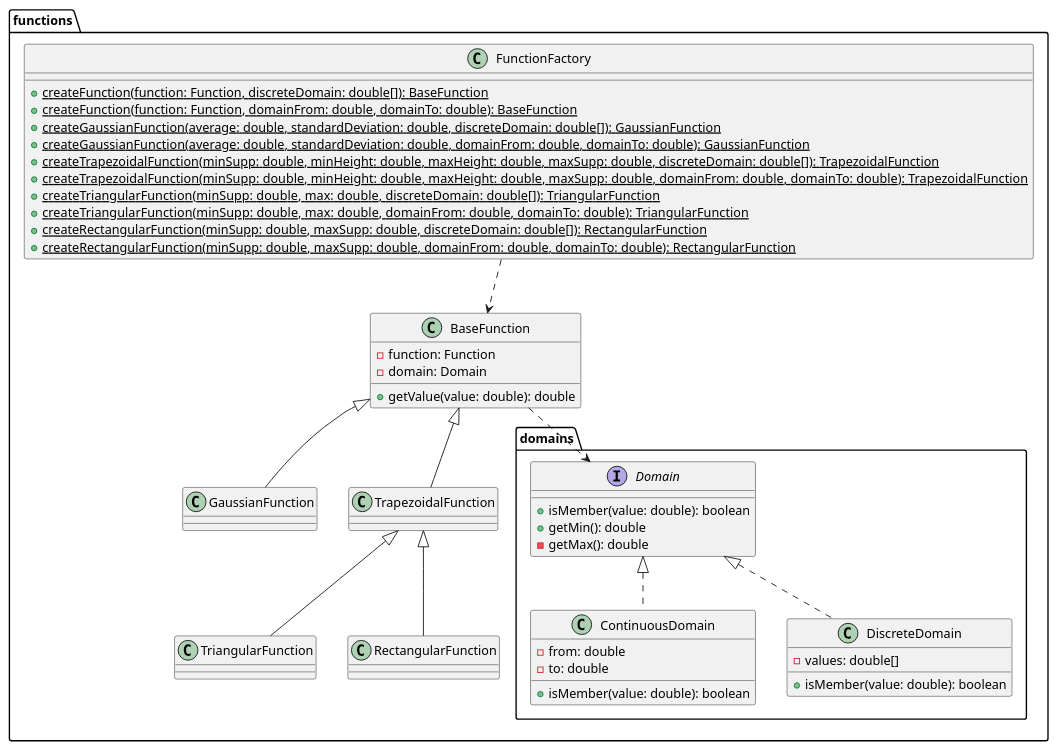
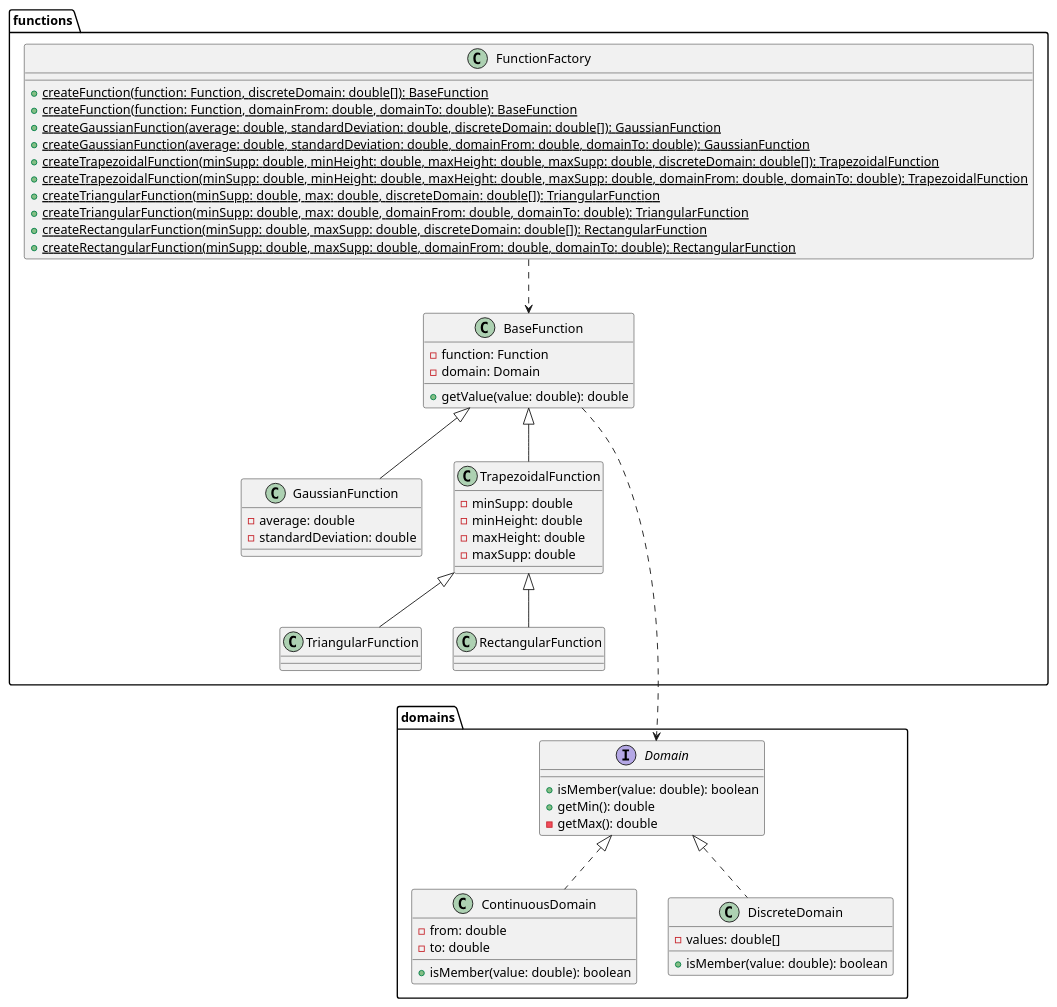
The third of 8 diagrams in task2/README.md (kambed/Computer-Recognition-Systems), drawn with PlantUML before and after one commit. The commit also changed other lines of this file, not shown here.

````diff
--- a/task2/README.md
+++ b/task2/README.md
@@ -83,45 +87,52 @@
 ```plantuml
 package functions {
-    package domains {
-        interface Domain {
-            + isMember(value: double): boolean
-            + getMin(): double
-            - getMax(): double
-        }
-        class ContinuousDomain implements Domain {
-            + isMember(value: double): boolean
-            - from: double
-            - to: double
-        }
-        class DiscreteDomain implements Domain {
-            + isMember(value: double): boolean
-            - values: double[]
-        }
-    }
     class BaseFunction {
         - function: Function
         - domain: Domain
         + getValue(value: double): double
     }
-    class GaussianFunction extends BaseFunction
-    class TrapezoidalFunction extends BaseFunction
+    class GaussianFunction extends BaseFunction {
+        - average: double
+        - standardDeviation: double
+    }
+    class TrapezoidalFunction extends BaseFunction {
+        - minSupp: double
+        - minHeight: double
+        - maxHeight: double
+        - maxSupp: double
+    }
     class TriangularFunction extends TrapezoidalFunction
     class RectangularFunction extends TrapezoidalFunction
-    
-    BaseFunction ..> Domain
     
     class FunctionFactory {
         + {static} createFunction(function: Function, discreteDomain: double[]): BaseFunction
         + {static} createFunction(function: Function, domainFrom: double, domainTo: double): BaseFunction
         + {static} createGaussianFunction(average: double, standardDeviation: double, discreteDomain: double[]): GaussianFunction
         + {static} createGaussianFunction(average: double, standardDeviation: double, domainFrom: double, domainTo: double): GaussianFunction
         + {static} createTrapezoidalFunction(minSupp: double, minHeight: double, maxHeight: double, maxSupp: double, discreteDomain: double[]): TrapezoidalFunction
         + {static} createTrapezoidalFunction(minSupp: double, minHeight: double, maxHeight: double, maxSupp: double, domainFrom: double, domainTo: double): TrapezoidalFunction
         + {static} createTriangularFunction(minSupp: double,  max: double, discreteDomain: double[]): TriangularFunction
         + {static} createTriangularFunction(minSupp: double,  max: double, domainFrom: double, domainTo: double): TriangularFunction
         + {static} createRectangularFunction(minSupp: double, maxSupp: double, discreteDomain: double[]): RectangularFunction
         + {static} createRectangularFunction(minSupp: double, maxSupp: double, domainFrom: double, domainTo: double): RectangularFunction
     }
-    FunctionFactory ..> BaseFunction
 }
+package domains {
+    interface Domain {
+        + isMember(value: double): boolean
+        + getMin(): double
+        - getMax(): double
+    }
+    class ContinuousDomain implements Domain {
+        + isMember(value: double): boolean
+        - from: double
+        - to: double
+    }
+    class DiscreteDomain implements Domain {
+        + isMember(value: double): boolean
+        - values: double[]
+    }
+}
+FunctionFactory ..> BaseFunction
+BaseFunction ....> Domain
 ```
````
